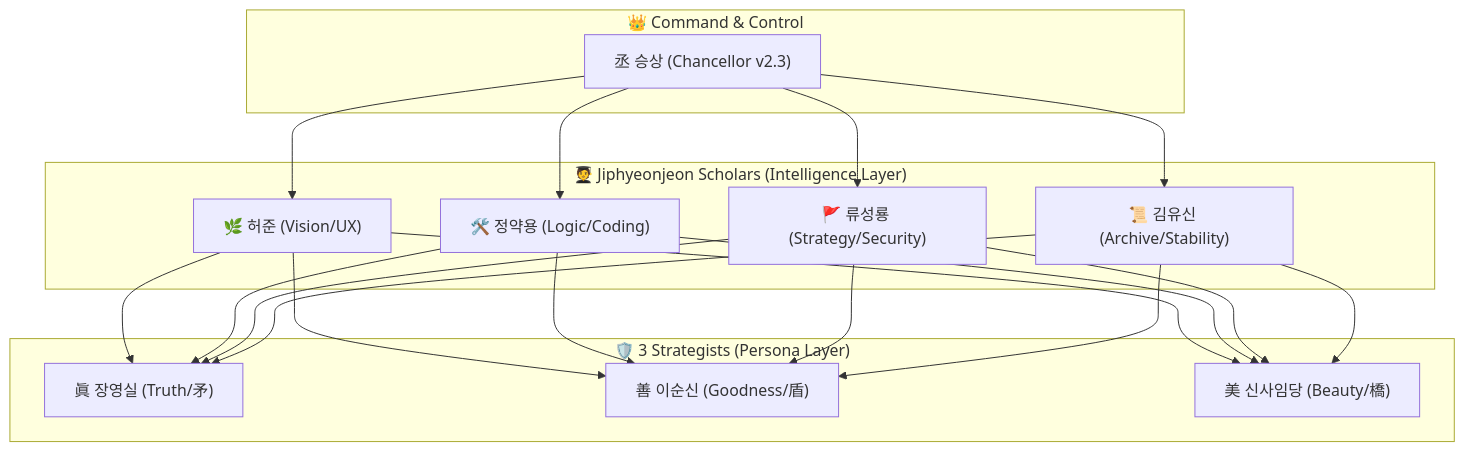
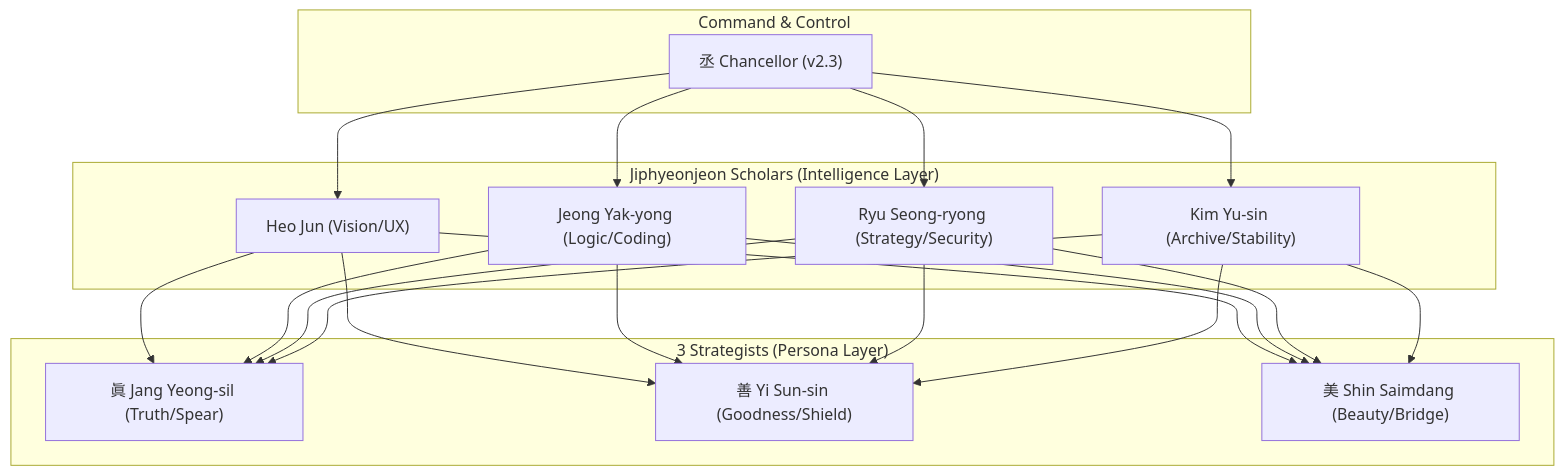
The diagram in README.md (lofibrainwav/HyoDo), drawn with Mermaid before and after one commit. The commit also changed other lines of this file and 15 other files, not shown here.

````diff
--- a/README.md
+++ b/README.md
@@ -37,22 +41,22 @@
 ```mermaid
 graph TD
-    subgraph "👑 Command & Control"
-        Chancellor["丞 승상 (Chancellor v2.3)"]
+    subgraph "Command & Control"
+        Chancellor["丞 Chancellor (v2.3)"]
     end
 
-    subgraph "🧑‍🎓 Jiphyeonjeon Scholars (Intelligence Layer)"
-        Heo["🌿 허준 (Vision/UX)"]
-        Jeong["🛠️ 정약용 (Logic/Coding)"]
-        Ryu["🚩 류성룡 (Strategy/Security)"]
-        Kim["📜 김유신 (Archive/Stability)"]
+    subgraph "Jiphyeonjeon Scholars (Intelligence Layer)"
+        Heo["Heo Jun (Vision/UX)"]
+        Jeong["Jeong Yak-yong (Logic/Coding)"]
+        Ryu["Ryu Seong-ryong (Strategy/Security)"]
+        Kim["Kim Yu-sin (Archive/Stability)"]
     end
 
-    subgraph "🛡️ 3 Strategists (Persona Layer)"
-        Jang["眞 장영실 (Truth/矛)"]
-        Yi["善 이순신 (Goodness/盾)"]
-        Shin["美 신사임당 (Beauty/橋)"]
+    subgraph "3 Strategists (Persona Layer)"
+        Jang["眞 Jang Yeong-sil (Truth/Spear)"]
+        Yi["善 Yi Sun-sin (Goodness/Shield)"]
+        Shin["美 Shin Saimdang (Beauty/Bridge)"]
     end
 
     Chancellor --> Heo & Jeong & Ryu & Kim
     Heo & Jeong & Ryu & Kim --> Jang & Yi & Shin
 ```
````
